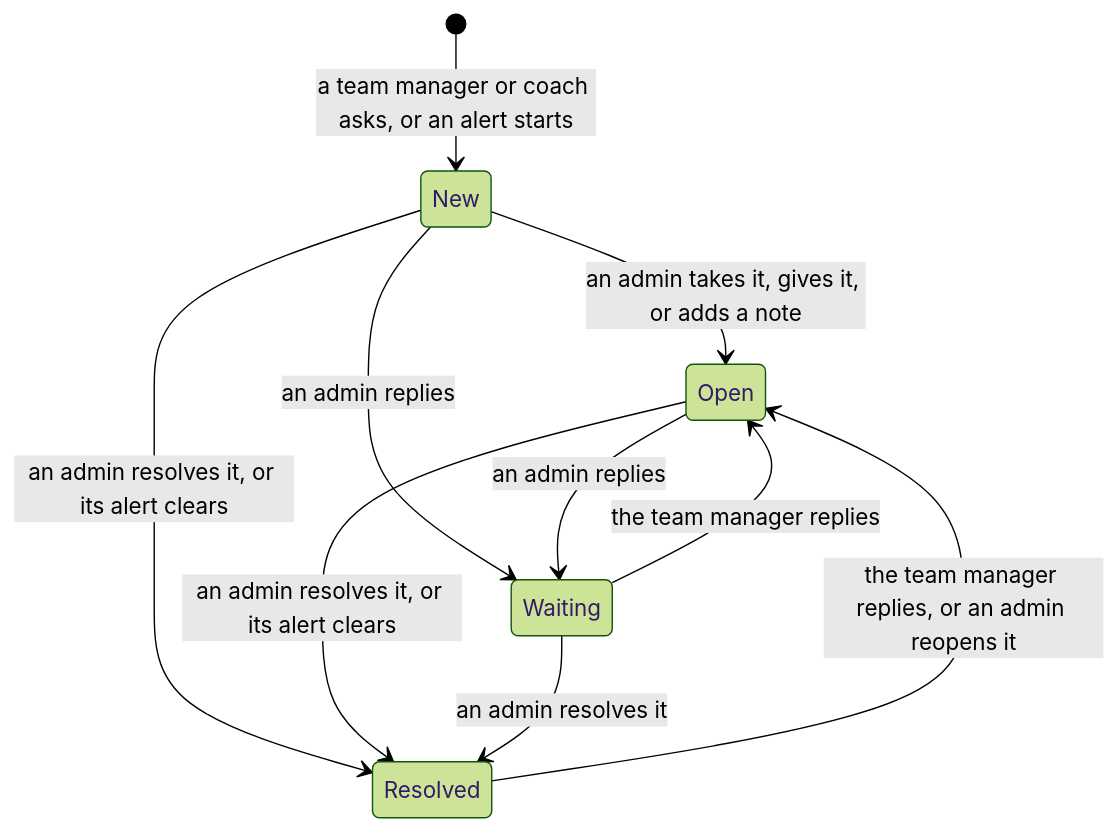
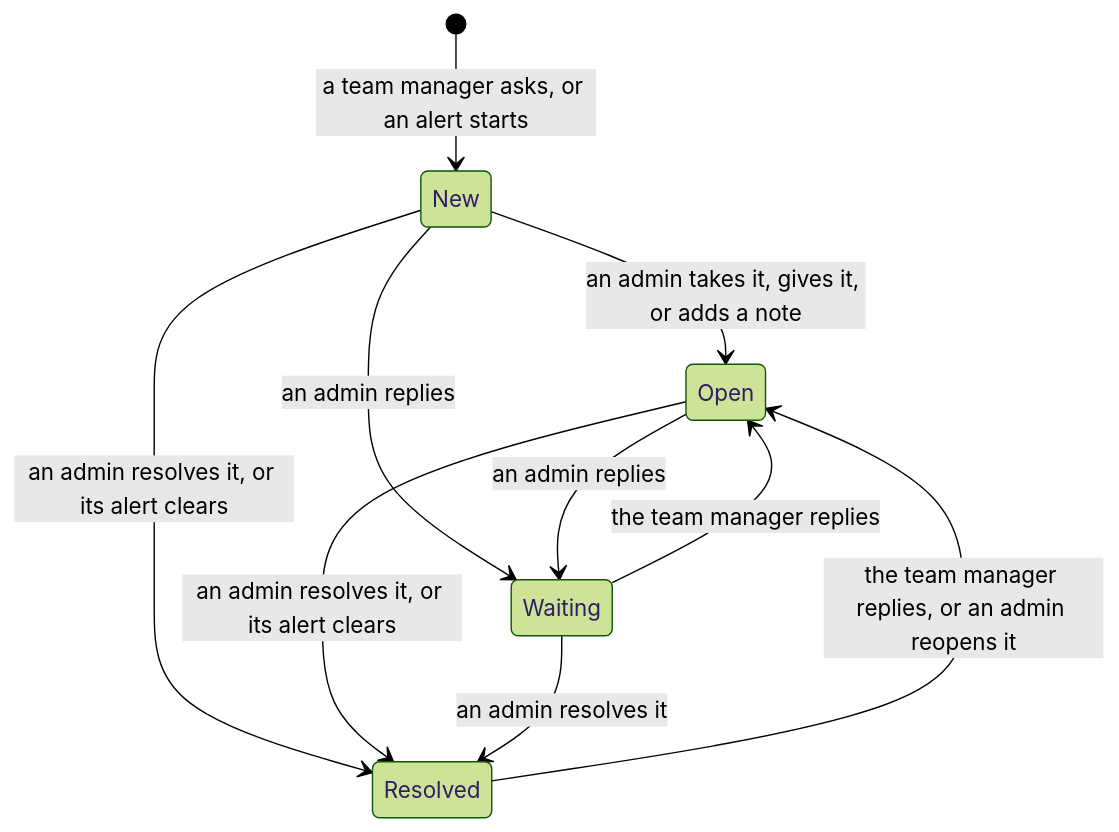
One commit to talorh/courtside changed the seventh of 9 diagrams in docs/architecture.md. Above: the diagram before and after it, drawn with Mermaid (forest theme). The commit also changed other lines of this file and 162 other files, not shown here.

````diff
--- a/docs/architecture.md
+++ b/docs/architecture.md
@@ -732,12 +745,12 @@
 ```mermaid
 stateDiagram-v2
- [*] --> New: a team manager or coach asks, or an alert starts
+ [*] --> New: a team manager asks, or an alert starts
  New --> Open: an admin takes it, gives it, or adds a note
  New --> Waiting: an admin replies
  Open --> Waiting: an admin replies
  Waiting --> Open: the team manager replies
  New --> Resolved: an admin resolves it, or its alert clears
  Open --> Resolved: an admin resolves it, or its alert clears
  Waiting --> Resolved: an admin resolves it
  Resolved --> Open: the team manager replies, or an admin reopens it
 ```
````
